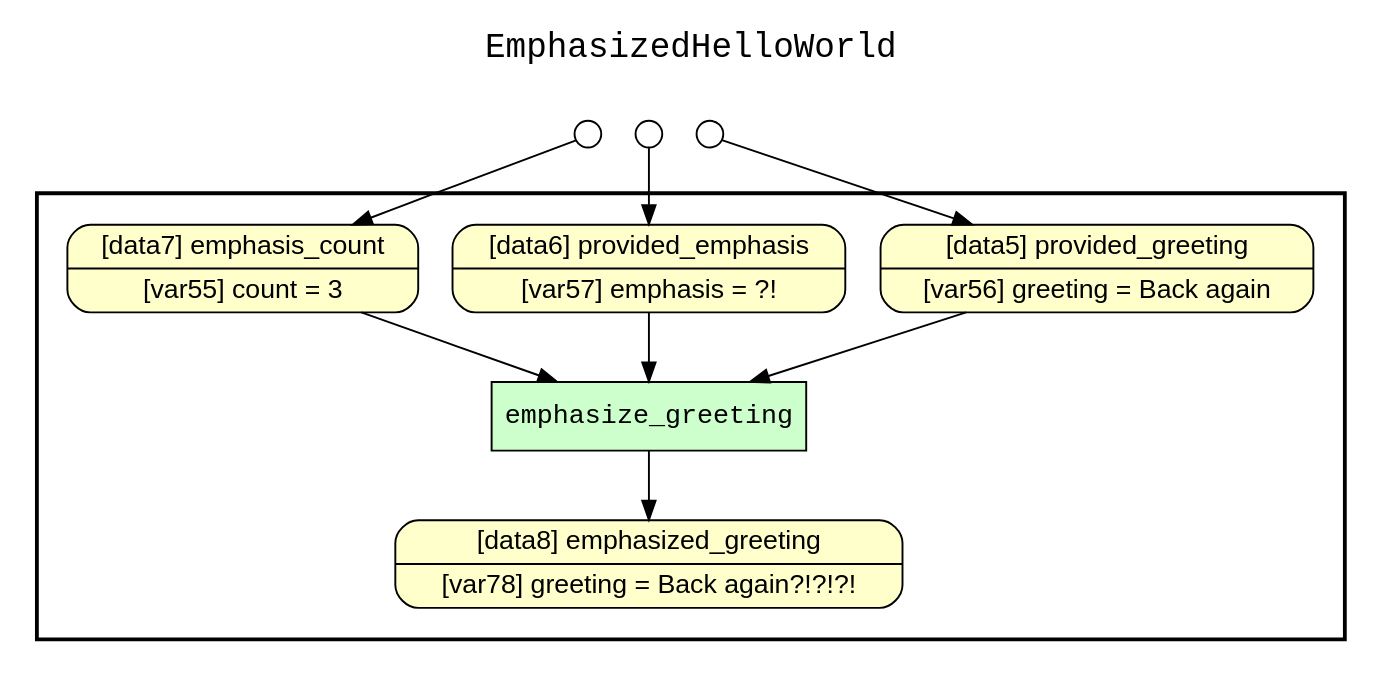
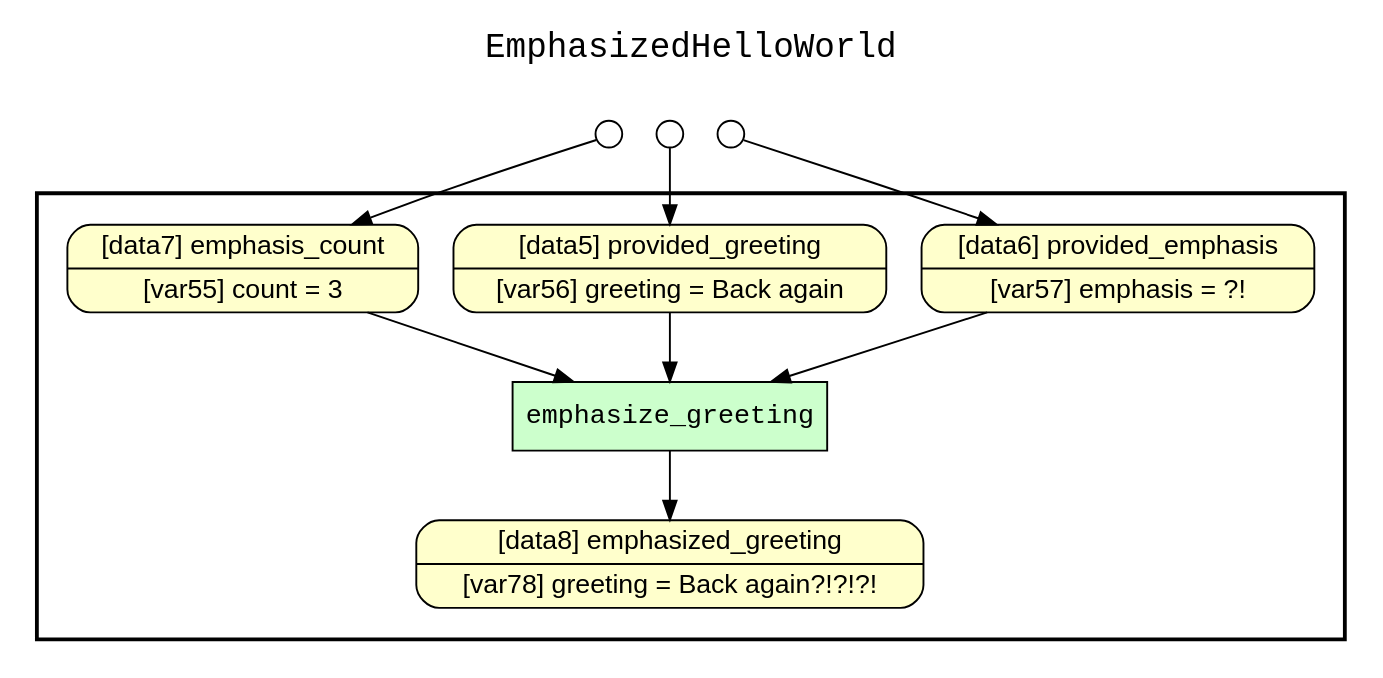
Before and after one commit to yesworkflow-org/yw-noworkflow: the diagram in examples/05_emphasis_function/yw_nw_retrospective_lineage.gv, drawn with Graphviz. The commit also changed other lines of this file and 23 other files, not shown here.

Commit message:
Makefile now allow for selective rebuild of individual graphs.

```diff
--- a/examples/05_emphasis_function/yw_nw_retrospective_lineage.gv
+++ b/examples/05_emphasis_function/yw_nw_retrospective_lineage.gv
@@ -1,35 +1,35 @@
 
 digraph yw_data_view {
 rankdir=TB
 fontname=Courier; fontsize=18; labelloc=t
 label="EmphasizedHelloWorld"
 subgraph cluster_workflow { label=""; color=black; penwidth=2
 subgraph cluster_workflow_inner { label=""; color=white
 node[shape=box style="filled" fillcolor="#CCFFCC" peripheries=1 fontname=Courier]
 emphasize_greeting
 node[shape=box style="filled" fillcolor="#CCFFCC" peripheries=1 fontname=Courier]
 node[shape=box style="rounded,filled" fillcolor="#FFFFCC" peripheries=1 fontname=Helvetica]
 emphasized_greeting [shape=record rankdir=LR label="{<f0> [data8] emphasized_greeting |<f1> [var78] greeting = Back again?!?!?!}"]
+provided_emphasis [shape=record rankdir=LR label="{<f0> [data6] provided_emphasis |<f1> [var57] emphasis = ?!}"]
 provided_greeting [shape=record rankdir=LR label="{<f0> [data5] provided_greeting |<f1> [var56] greeting = Back again}"]
-provided_emphasis [shape=record rankdir=LR label="{<f0> [data6] provided_emphasis |<f1> [var57] emphasis = ?!}"]
 emphasis_count [shape=record rankdir=LR label="{<f0> [data7] emphasis_count |<f1> [var55] count = 3}"]
 }}
 subgraph cluster_inflows { label=""; color=white; penwidth=2
 subgraph cluster_inflows_inner { label=""; color=white
 node[shape=circle fillcolor="#FFFFFF" peripheries=1 width=0.2]
 provided_greeting_inflow [label=""]
 provided_emphasis_inflow [label=""]
 emphasis_count_inflow [label=""]
 }}
 subgraph cluster_outflows { label=""; color=white; penwidth=2
 subgraph cluster_outflows_inner { label=""; color=white
 node[shape=circle fillcolor="#FFFFFF" peripheries=1 width=0.2]
 }}
 emphasis_count -> emphasize_greeting
 provided_emphasis -> emphasize_greeting
 provided_greeting -> emphasize_greeting
 emphasize_greeting -> emphasized_greeting
 provided_greeting_inflow -> provided_greeting
 provided_emphasis_inflow -> provided_emphasis
 emphasis_count_inflow -> emphasis_count
 }
```
